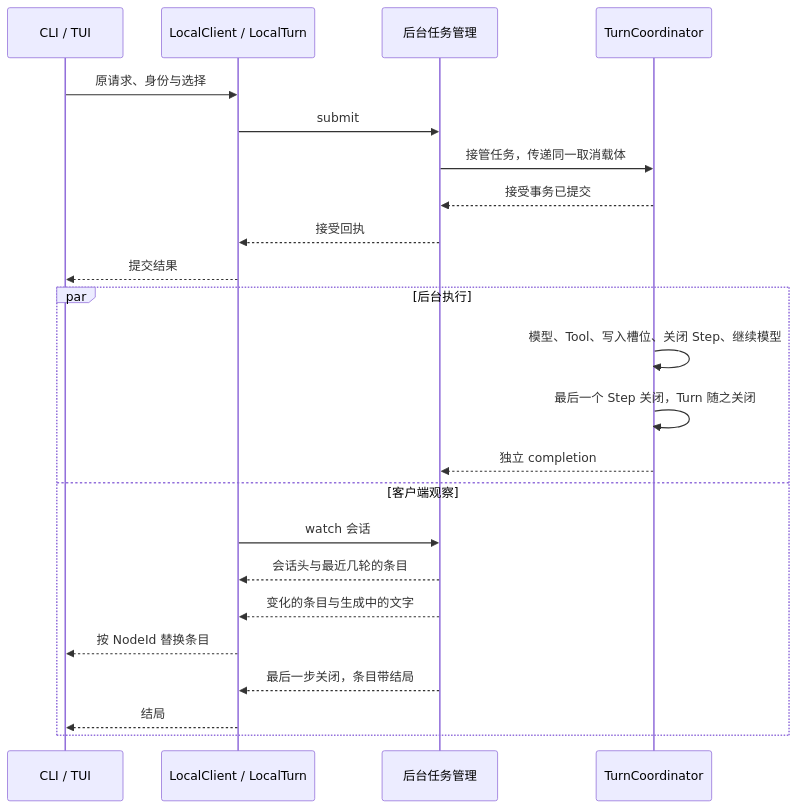
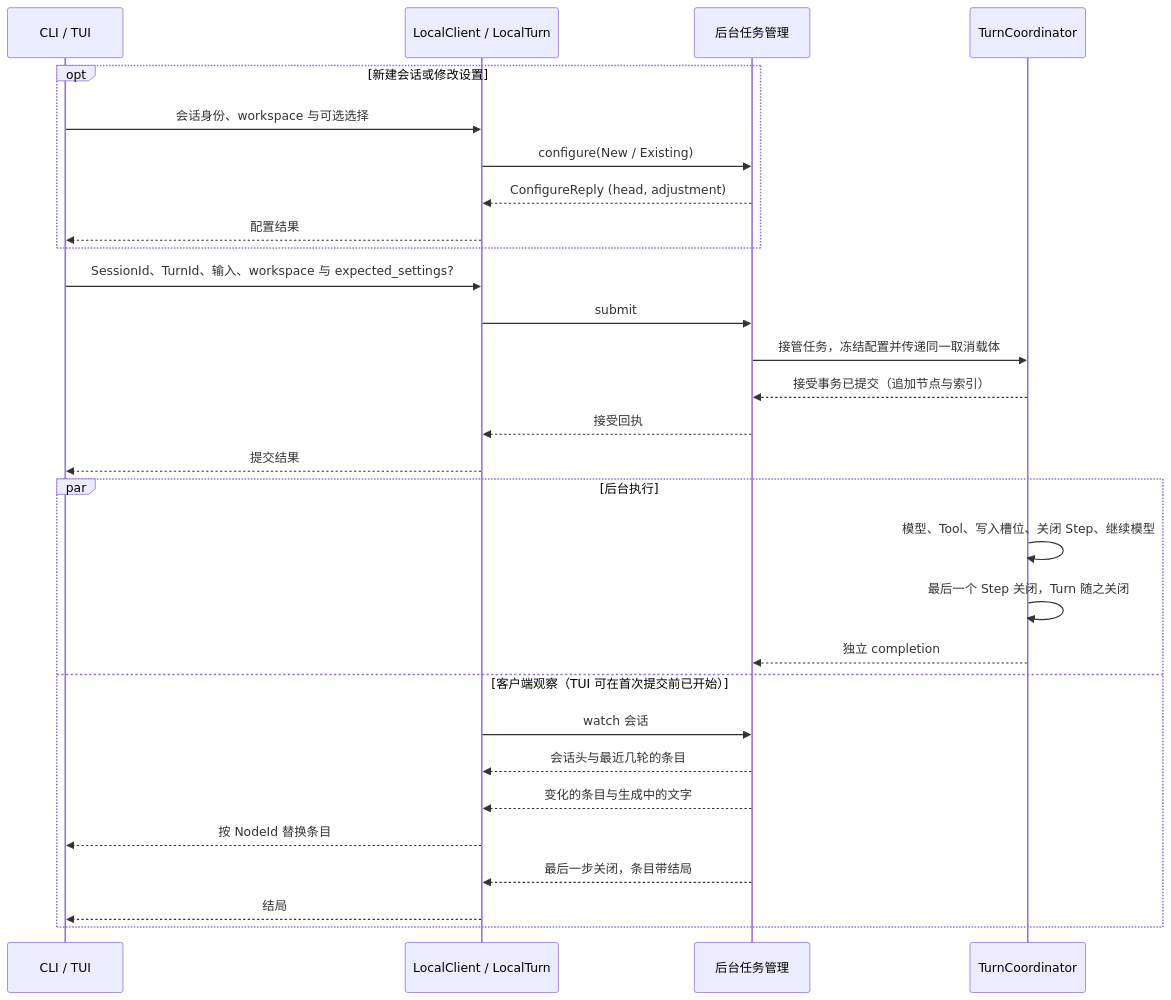
Before and after one commit to Skyline10124/lattice: the diagram in docs/architecture/session/flow.md, drawn with Mermaid. The commit also changed other lines of this file and 38 other files, not shown here.

````diff
--- a/docs/architecture/session/flow.md
+++ b/docs/architecture/session/flow.md
@@ -22,25 +23,31 @@
 ```mermaid
 sequenceDiagram
     participant F as CLI / TUI
     participant L as LocalClient / LocalTurn
     participant B as 后台任务管理
     participant C as TurnCoordinator
-    F->>L: 原请求、身份与选择
+    opt 新建会话或修改设置
+        F->>L: 会话身份、workspace 与可选选择
+        L->>B: configure(New / Existing)
+        B-->>L: ConfigureReply (head, adjustment)
+        L-->>F: 配置结果
+    end
+    F->>L: SessionId、TurnId、输入、workspace 与 expected_settings?
     L->>B: submit
-    B->>C: 接管任务，传递同一取消载体
-    C-->>B: 接受事务已提交
+    B->>C: 接管任务，冻结配置并传递同一取消载体
+    C-->>B: 接受事务已提交（追加节点与索引）
     B-->>L: 接受回执
     L-->>F: 提交结果
     par 后台执行
         C->>C: 模型、Tool、写入槽位、关闭 Step、继续模型
         C->>C: 最后一个 Step 关闭，Turn 随之关闭
         C-->>B: 独立 completion
-    and 客户端观察
+    and 客户端观察（TUI 可在首次提交前已开始）
         L->>B: watch 会话
         B-->>L: 会话头与最近几轮的条目
         B-->>L: 变化的条目与生成中的文字
         L-->>F: 按 NodeId 替换条目
         B-->>L: 最后一步关闭，条目带结局
         L-->>F: 结局
     end
 ```
````
